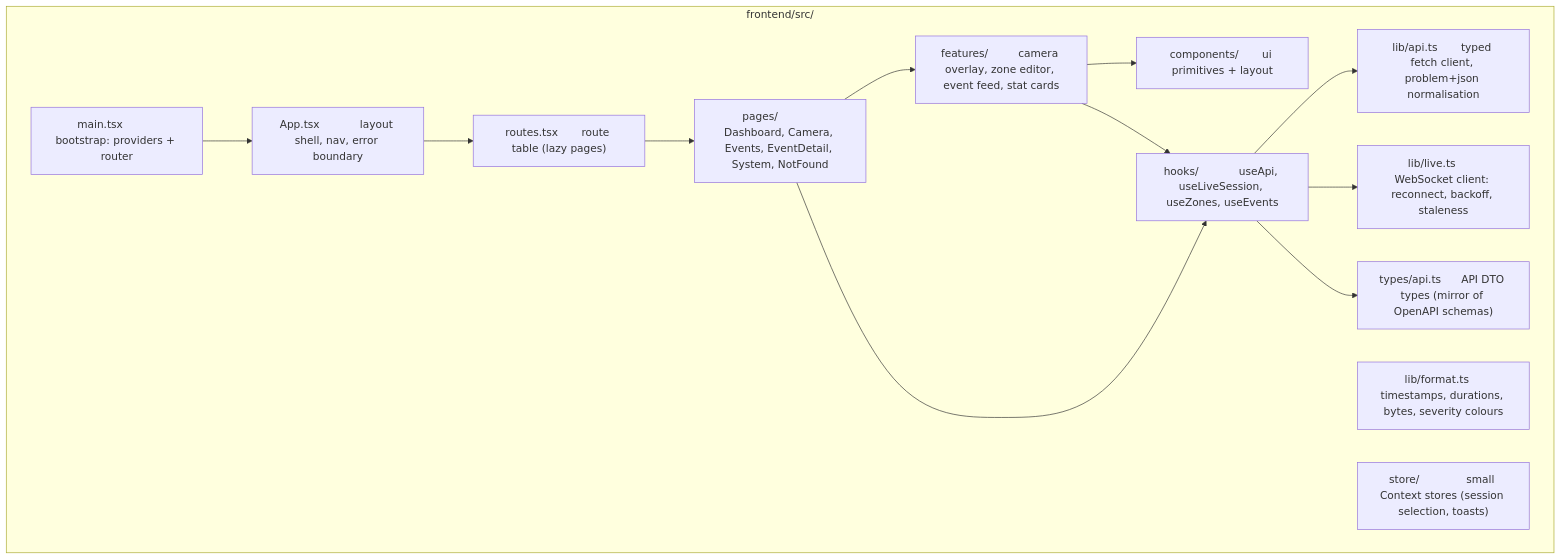
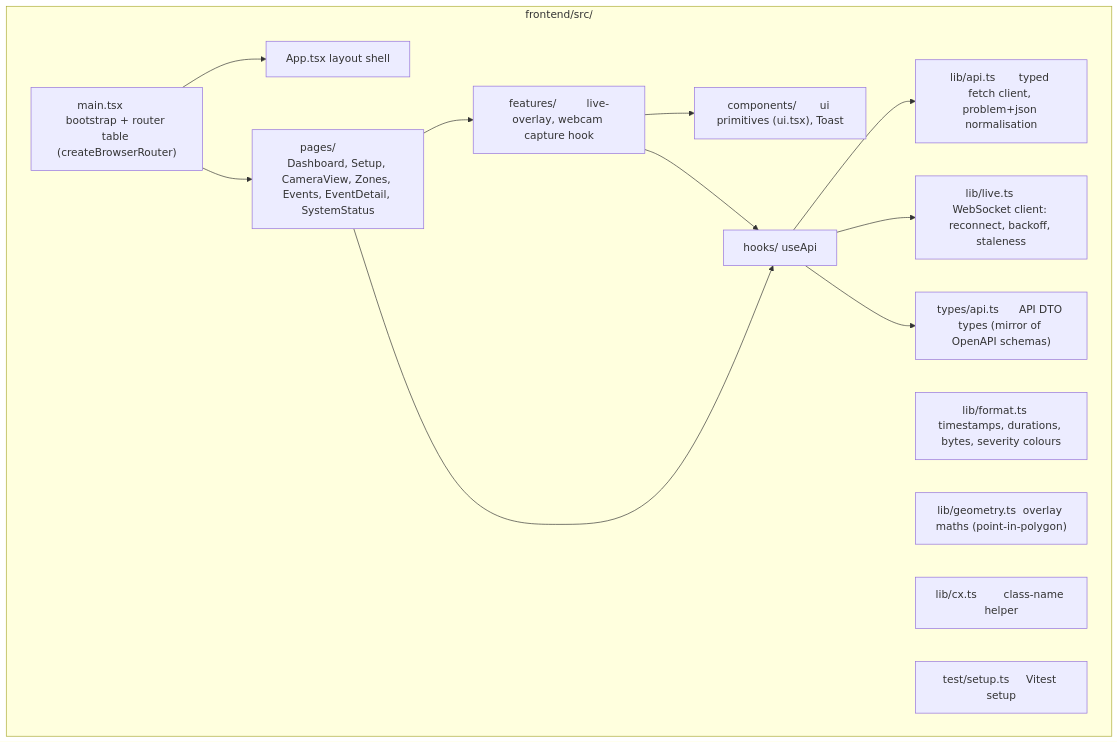
Before and after one commit to okwedavid/VisionOPs: the fourth of 5 diagrams in docs/REPOSITORY_STRUCTURE.md, drawn with Mermaid. The commit also changed other lines of this file and 4 other files, not shown here.

````diff
--- a/docs/REPOSITORY_STRUCTURE.md
+++ b/docs/REPOSITORY_STRUCTURE.md
@@ -154,20 +151,22 @@
 ```mermaid
 flowchart TB
   subgraph fe["frontend/src/"]
-    MAIN2["main.tsx          bootstrap: providers + router"]
-    APP["App.tsx            layout shell, nav, error boundary"]
-    ROUTES["routes.tsx       route table (lazy pages)"]
+    MAIN2["main.tsx          bootstrap + router table (createBrowserRouter)"]
+    APP["App.tsx            layout shell"]
     LIBAPI["lib/api.ts       typed fetch client, problem+json normalisation"]
     LIBWS["lib/live.ts       WebSocket client: reconnect, backoff, staleness"]
     LIBFMT["lib/format.ts    timestamps, durations, bytes, severity colours"]
-    HOOKS["hooks/            useApi, useLiveSession, useZones, useEvents"]
-    COMP["components/       ui primitives + layout"]
-    FEAT["features/         camera overlay, zone editor, event feed, stat cards"]
-    PAGES["pages/            Dashboard, Camera, Events, EventDetail, System, NotFound"]
-    ST["store/              small Context stores (session selection, toasts)"]
+    LIBGEO["lib/geometry.ts  overlay maths (point-in-polygon)"]
+    LIBX["lib/cx.ts        class-name helper"]
+    HOOKS["hooks/            useApi"]
+    COMP["components/       ui primitives (ui.tsx), Toast"]
+    FEAT["features/         live-overlay, webcam capture hook"]
+    PAGES["pages/            Dashboard, Setup, CameraView, Zones, Events, EventDetail, SystemStatus"]
     TYPES["types/api.ts      API DTO types (mirror of OpenAPI schemas)"]
+    TESTS["test/setup.ts     Vitest setup"]
   end
-  MAIN2 --> APP --> ROUTES --> PAGES
+  MAIN2 --> APP
+  MAIN2 --> PAGES
   PAGES --> FEAT --> COMP
   PAGES & FEAT --> HOOKS --> LIBAPI & LIBWS & TYPES
 ```
````
